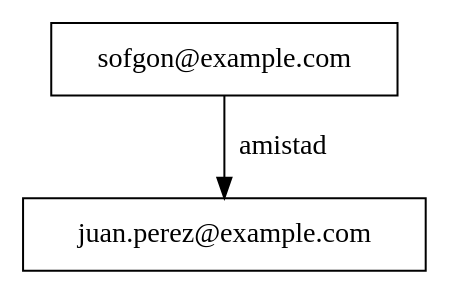
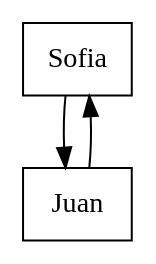
One commit to matiuuh/-EDD-Proyecto1_202203009 changed the diagram in output/matriz_amistades.dot. Above: the diagram before and after it, drawn with Graphviz. The commit also changed 9 other files, not shown here.

```diff
--- a/output/matriz_amistades.dot
+++ b/output/matriz_amistades.dot
@@ -1,5 +1,6 @@
 digraph MatrizDispersa {
     node [shape=box];
     splines=true;
-    "sofgon@example.com" -> "juan.perez@example.com" [label="amistad"];
+    "Sofia" -> "Juan" [label=""];
+    "Juan" -> "Sofia" [label=""];
 }
```
